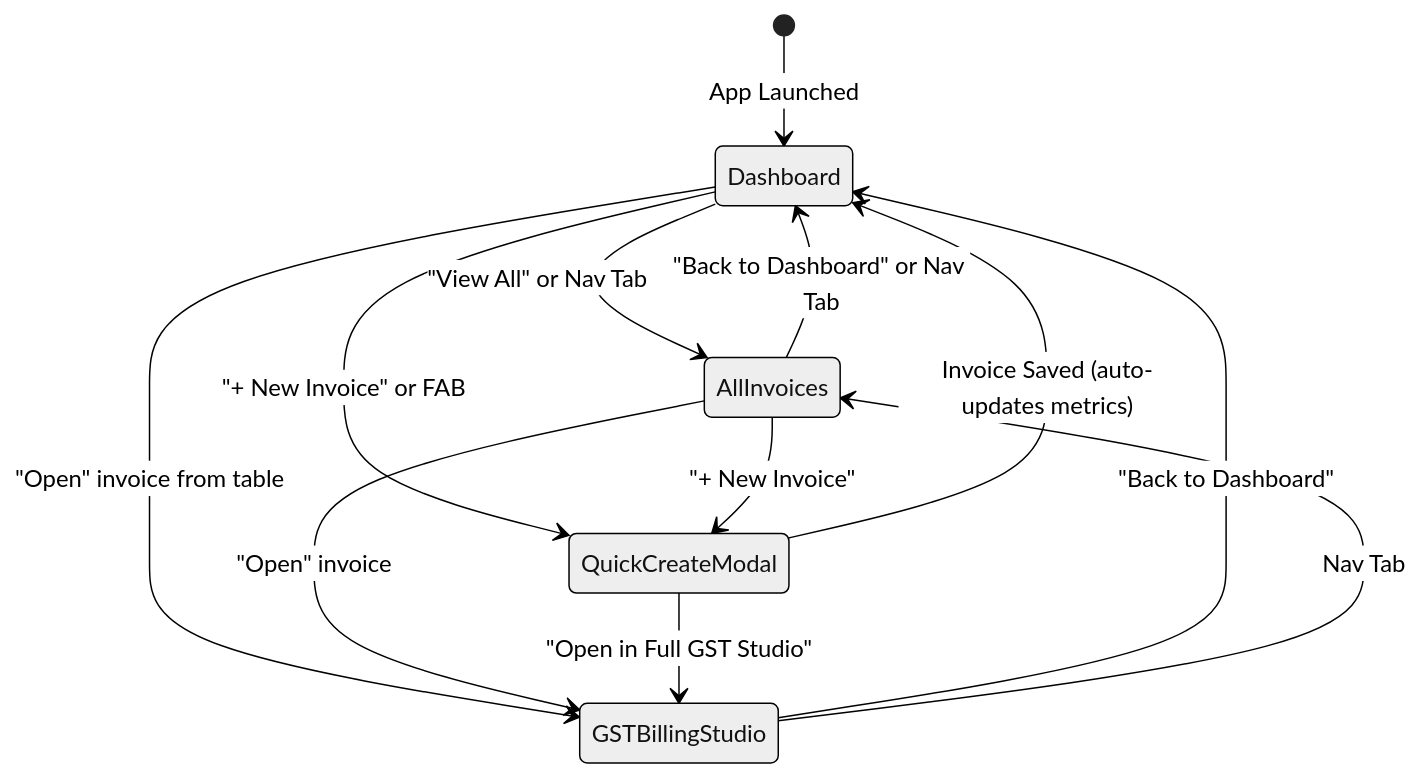
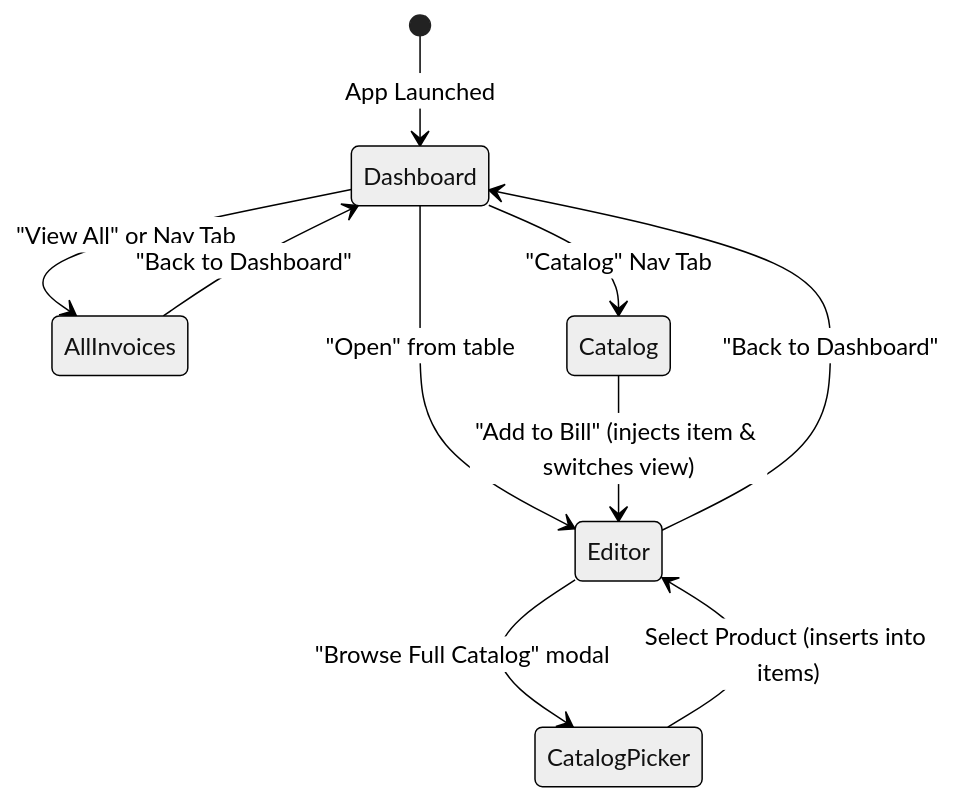
The second of 2 diagrams in docs/ARCHITECTURE.md (tpsbatteryhouse-gif/TPS-Battery-House-Billing-System), drawn with Mermaid (neutral theme) before and after one commit. The commit also changed other lines of this file and 23 other files, not shown here.

Commit message:
feat: add multi-category product support and analytics to dashboard and catalog

````diff
--- a/docs/ARCHITECTURE.md
+++ b/docs/ARCHITECTURE.md
@@ -53,17 +118,14 @@
 ```mermaid
 stateDiagram-v2
     [*] --> Dashboard : App Launched
     Dashboard --> AllInvoices : "View All" or Nav Tab
-    Dashboard --> QuickCreateModal : "+ New Invoice" or FAB
-    Dashboard --> GSTBillingStudio : "Open" invoice from table
+    Dashboard --> Catalog : "Catalog" Nav Tab
+    Dashboard --> Editor : "Open" from table
     
-    AllInvoices --> Dashboard : "Back to Dashboard" or Nav Tab
-    AllInvoices --> QuickCreateModal : "+ New Invoice"
-    AllInvoices --> GSTBillingStudio : "Open" invoice
+    Catalog --> Editor : "Add to Bill" (injects item & switches view)
+    Editor --> CatalogPicker : "Browse Full Catalog" modal
+    CatalogPicker --> Editor : Select Product (inserts into items)
     
-    GSTBillingStudio --> Dashboard : "Back to Dashboard"
-    GSTBillingStudio --> AllInvoices : Nav Tab
-    
-    QuickCreateModal --> Dashboard : Invoice Saved (auto-updates metrics)
-    QuickCreateModal --> GSTBillingStudio : "Open in Full GST Studio"
+    AllInvoices --> Dashboard : "Back to Dashboard"
+    Editor --> Dashboard : "Back to Dashboard"
 ```
````
